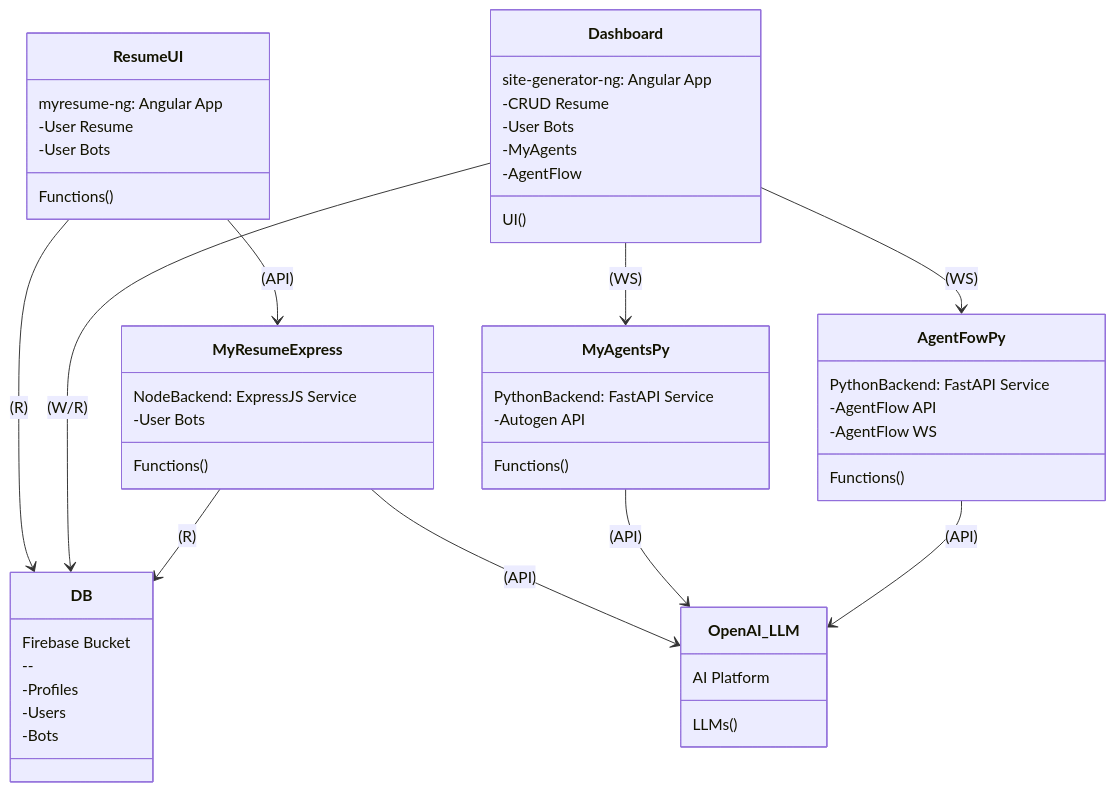
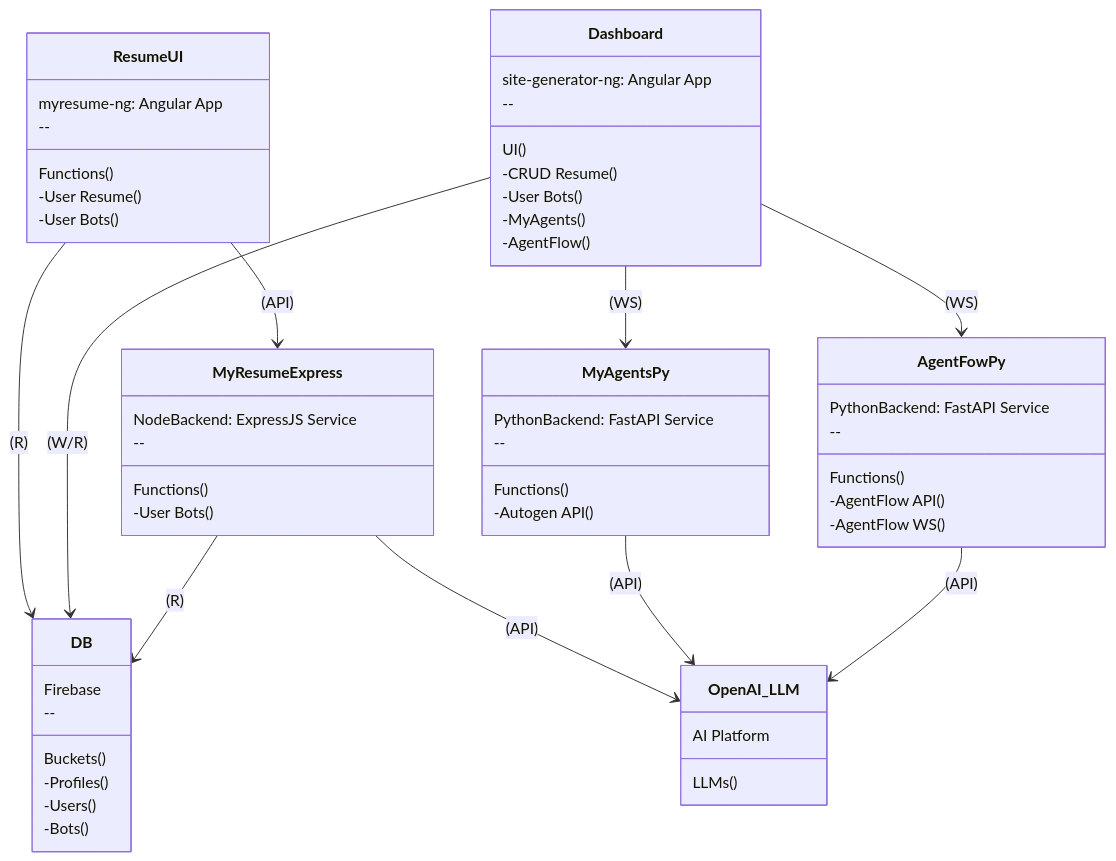
One commit to thaer899/connectorzzz changed the diagram in README.md. Above: the diagram before and after it, drawn with Mermaid.

````diff
--- a/README.md
+++ b/README.md
@@ -24,58 +24,64 @@
 ```mermaid
 %%{init: {'theme': 'default'}}%%
 classDiagram
     class DB {
-        Firebase Bucket
+        Firebase
+        Buckets()
         --
-        -Profiles
-        -Users
-        -Bots
+        -Profiles()
+        -Users()
+        -Bots()
     }
     class ResumeUI {
         myresume-ng: Angular App
         Functions()
-        -User Resume
-        -User Bots
+        --
+        -User Resume()
+        -User Bots()
     }
     class Dashboard {
         site-generator-ng: Angular App
          UI()
-        -CRUD Resume
-        -User Bots
-        -MyAgents
-        -AgentFlow
+         --
+        -CRUD Resume()
+        -User Bots()
+        -MyAgents()
+        -AgentFlow()
     }
     class MyResumeExpress {
         NodeBackend: ExpressJS Service
         Functions()
-        -User Bots
+        --
+        -User Bots()
     }
     class MyAgentsPy {
         PythonBackend: FastAPI Service
         Functions()
-        -Autogen API
+        --
+        -Autogen API()
     }
     class AgentFowPy {
         PythonBackend: FastAPI Service
         Functions()
-        -AgentFlow API
-        -AgentFlow WS
+        --
+        -AgentFlow API()
+        -AgentFlow WS()
     }
     class OpenAI_LLM {
         AI Platform
         LLMs()
     }
 
     %% Connections
     ResumeUI --> DB :  (R)
     Dashboard --> DB :  (W/R)
     ResumeUI --> MyResumeExpress : (API)
     MyResumeExpress --> DB :  (R)
     MyResumeExpress --> OpenAI_LLM : (API)
     Dashboard --> MyAgentsPy :  (WS)
     MyAgentsPy --> OpenAI_LLM : (API)
     Dashboard --> AgentFowPy :  (WS)
     AgentFowPy --> OpenAI_LLM : (API)
 
 
 ```
````
